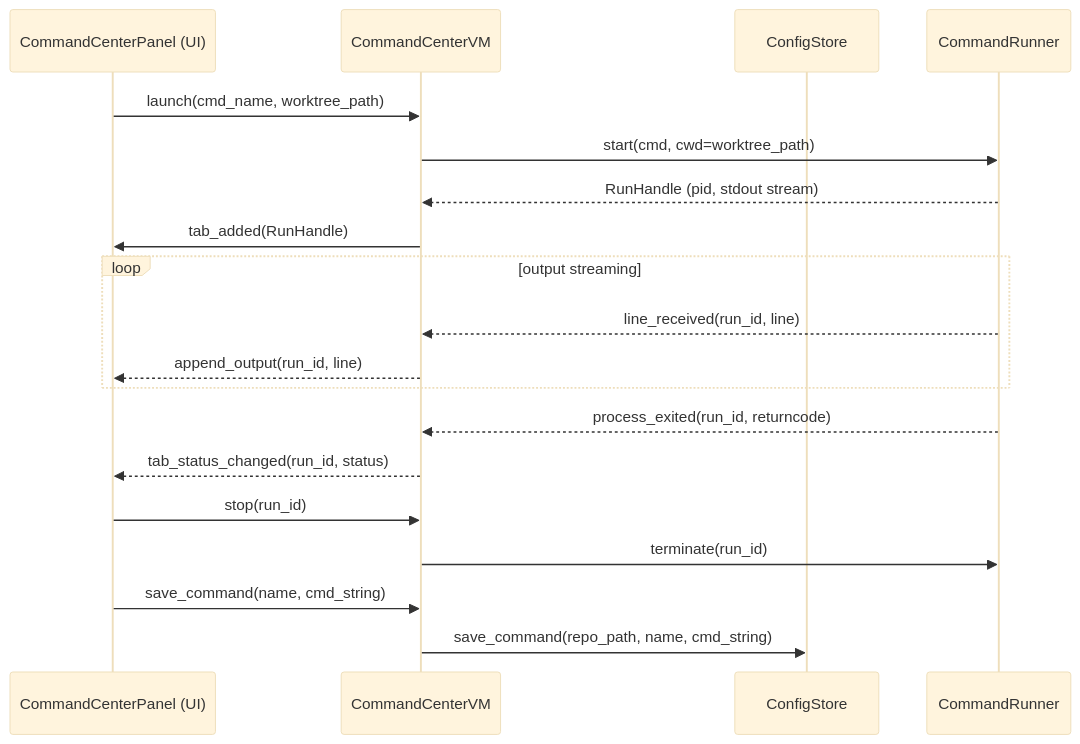
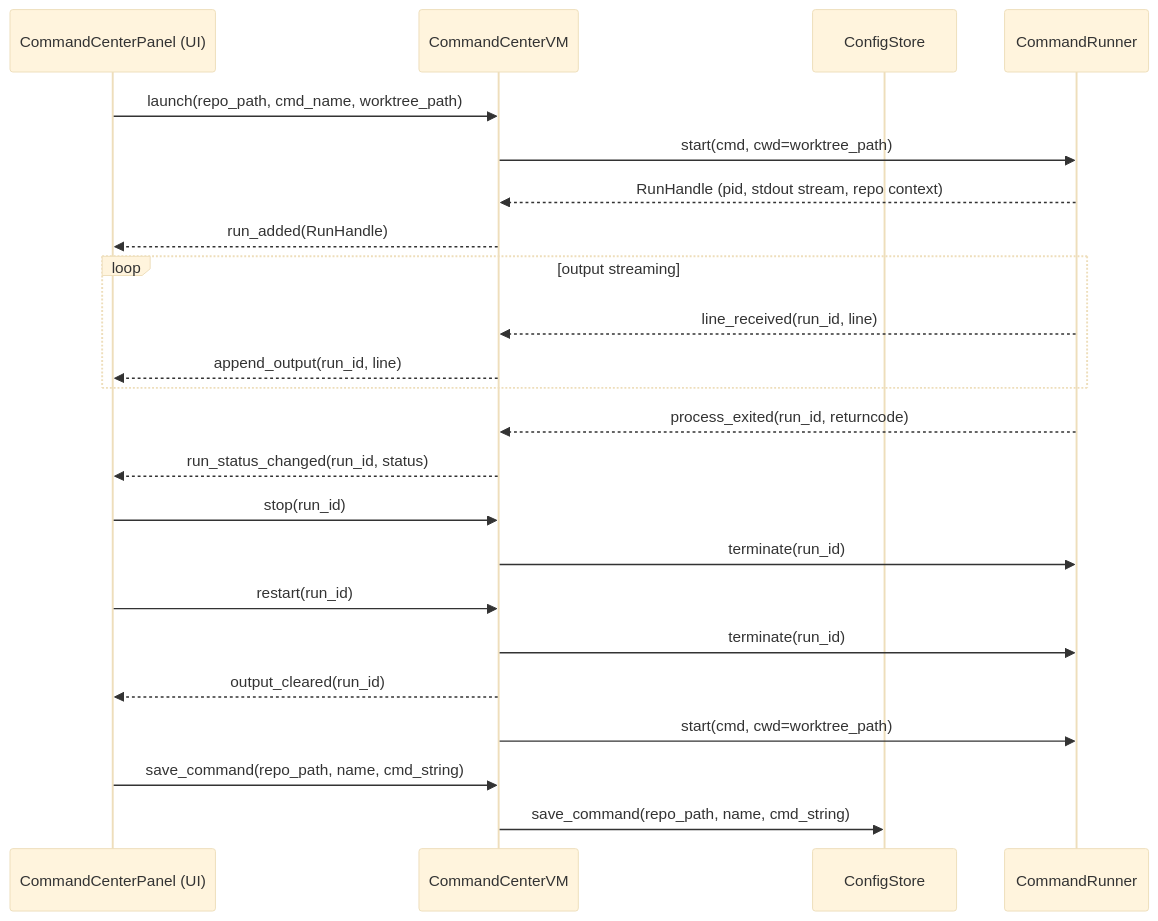
One commit to ahmedhhw/Orchestrator changed the first of 2 diagrams in worktree-manager/autobot-command-center.md. Above: the diagram before and after it, drawn with Mermaid (base theme). The commit also changed other lines of this file and 28 other files, not shown here.

Commit message:
Command center draft

````diff
--- a/worktree-manager/autobot-command-center.md
+++ b/worktree-manager/autobot-command-center.md
@@ -105,24 +197,30 @@
 ```mermaid
 sequenceDiagram
-    participant UI as CommandCenterPanel (UI)
+    participant CC as CommandCenterPanel (UI)
     participant VM as CommandCenterVM
     participant Store as ConfigStore
     participant Runner as CommandRunner
 
-    UI->>VM: launch(cmd_name, worktree_path)
+    CC->>VM: launch(repo_path, cmd_name, worktree_path)
     VM->>Runner: start(cmd, cwd=worktree_path)
-    Runner-->>VM: RunHandle (pid, stdout stream)
-    VM->>UI: tab_added(RunHandle)
+    Runner-->>VM: RunHandle (pid, stdout stream, repo context)
+    VM-->>CC: run_added(RunHandle)
+
     loop output streaming
         Runner-->>VM: line_received(run_id, line)
-        VM-->>UI: append_output(run_id, line)
+        VM-->>CC: append_output(run_id, line)
     end
     Runner-->>VM: process_exited(run_id, returncode)
-    VM-->>UI: tab_status_changed(run_id, status)
+    VM-->>CC: run_status_changed(run_id, status)
 
-    UI->>VM: stop(run_id)
+    CC->>VM: stop(run_id)
     VM->>Runner: terminate(run_id)
 
-    UI->>VM: save_command(name, cmd_string)
+    CC->>VM: restart(run_id)
+    VM->>Runner: terminate(run_id)
+    VM-->>CC: output_cleared(run_id)
+    VM->>Runner: start(cmd, cwd=worktree_path)
+
+    CC->>VM: save_command(repo_path, name, cmd_string)
     VM->>Store: save_command(repo_path, name, cmd_string)
 ```
````
